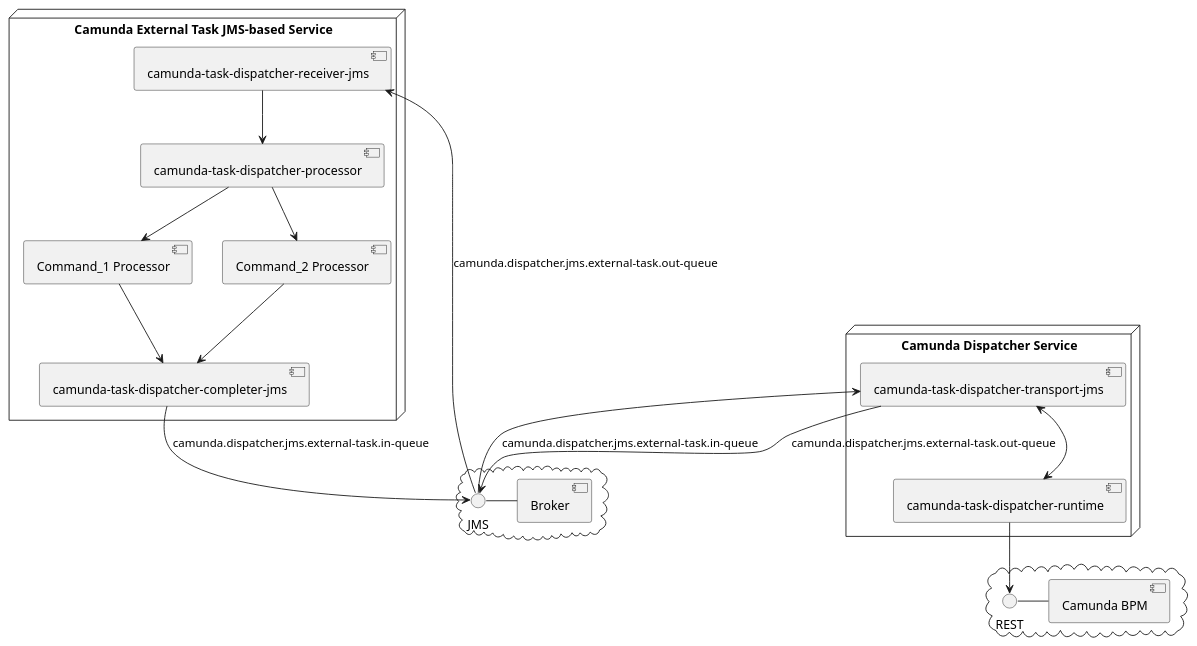
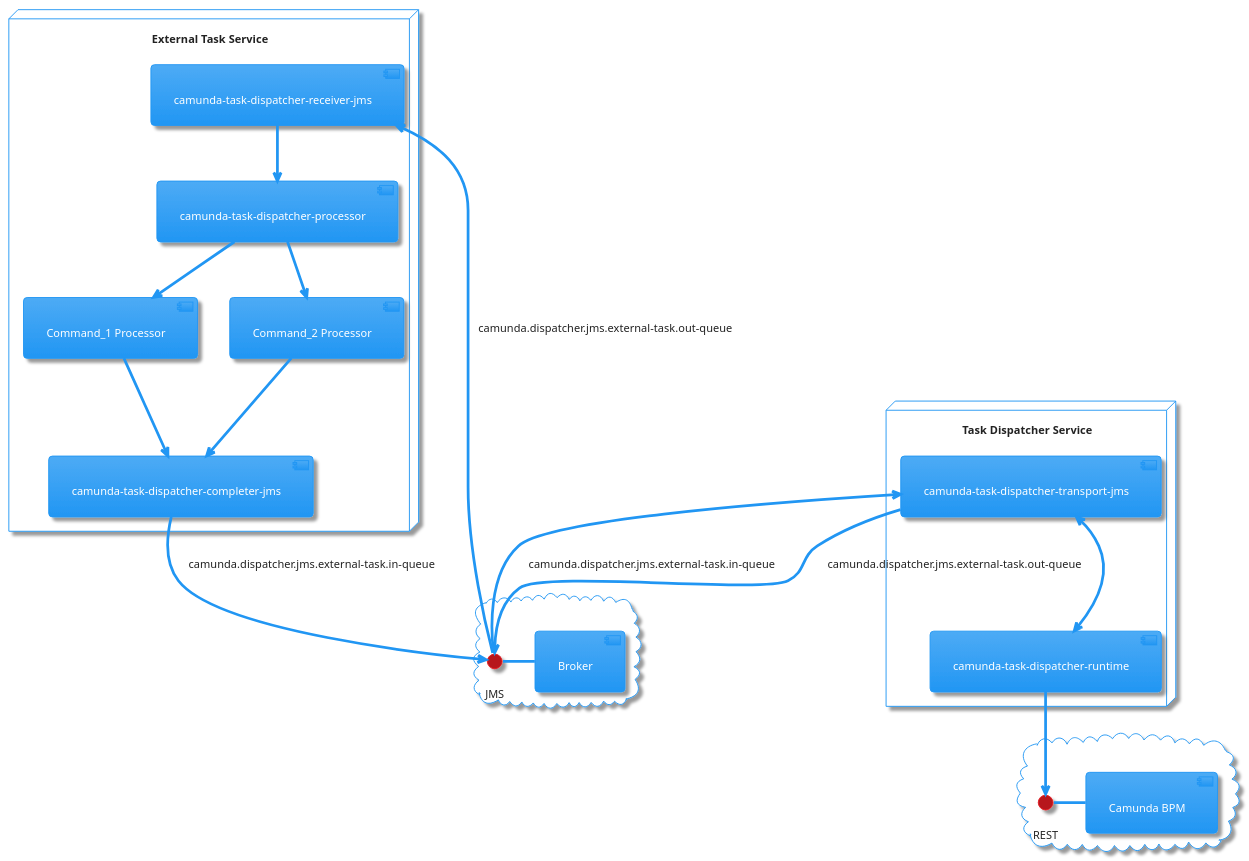
One commit to EsikAntony/camunda-task-dispatcher changed the diagram in docs/design/component-diagram.puml. Above: the diagram before and after it, drawn with PlantUML. The commit also changed 6 other files, not shown here.

```diff
--- a/docs/design/component-diagram.puml
+++ b/docs/design/component-diagram.puml
@@ -1,39 +1,40 @@
 @startuml
+!theme materia
 
-node "Camunda External Task JMS-based Service" {
+node "External Task Service" {
   [Command_1 Processor]
   [Command_2 Processor]
   [camunda-task-dispatcher-processor]
   [camunda-task-dispatcher-receiver-jms]
   [camunda-task-dispatcher-completer-jms]
 }
 
 [camunda-task-dispatcher-receiver-jms] --> [camunda-task-dispatcher-processor]
 [camunda-task-dispatcher-processor] --> [Command_1 Processor]
 [camunda-task-dispatcher-processor] --> [Command_2 Processor]
 [Command_1 Processor] --> [camunda-task-dispatcher-completer-jms]
 [Command_2 Processor] --> [camunda-task-dispatcher-completer-jms]
 
 cloud {
   JMS - [Broker]
 }
 
 JMS --> [camunda-task-dispatcher-receiver-jms] : camunda.dispatcher.jms.external-task.out-queue
 [camunda-task-dispatcher-completer-jms] --> JMS : camunda.dispatcher.jms.external-task.in-queue
 
-node "Camunda Dispatcher Service" {
+node "Task Dispatcher Service" {
   [camunda-task-dispatcher-transport-jms]
   [camunda-task-dispatcher-runtime]
 }
 
 JMS --> [camunda-task-dispatcher-transport-jms] : camunda.dispatcher.jms.external-task.in-queue
 [camunda-task-dispatcher-transport-jms] --> JMS : camunda.dispatcher.jms.external-task.out-queue
 [camunda-task-dispatcher-transport-jms] <--> [camunda-task-dispatcher-runtime]
 
 cloud {
   REST - [Camunda BPM]
 }
 
 [camunda-task-dispatcher-runtime] --> REST
 
 @enduml
```
